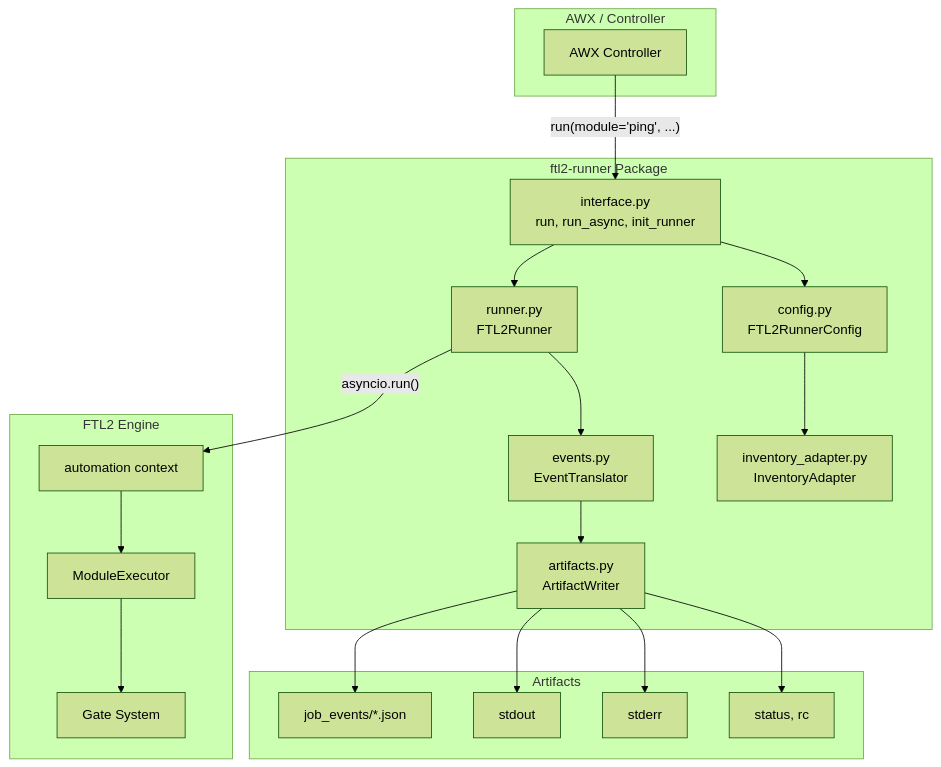
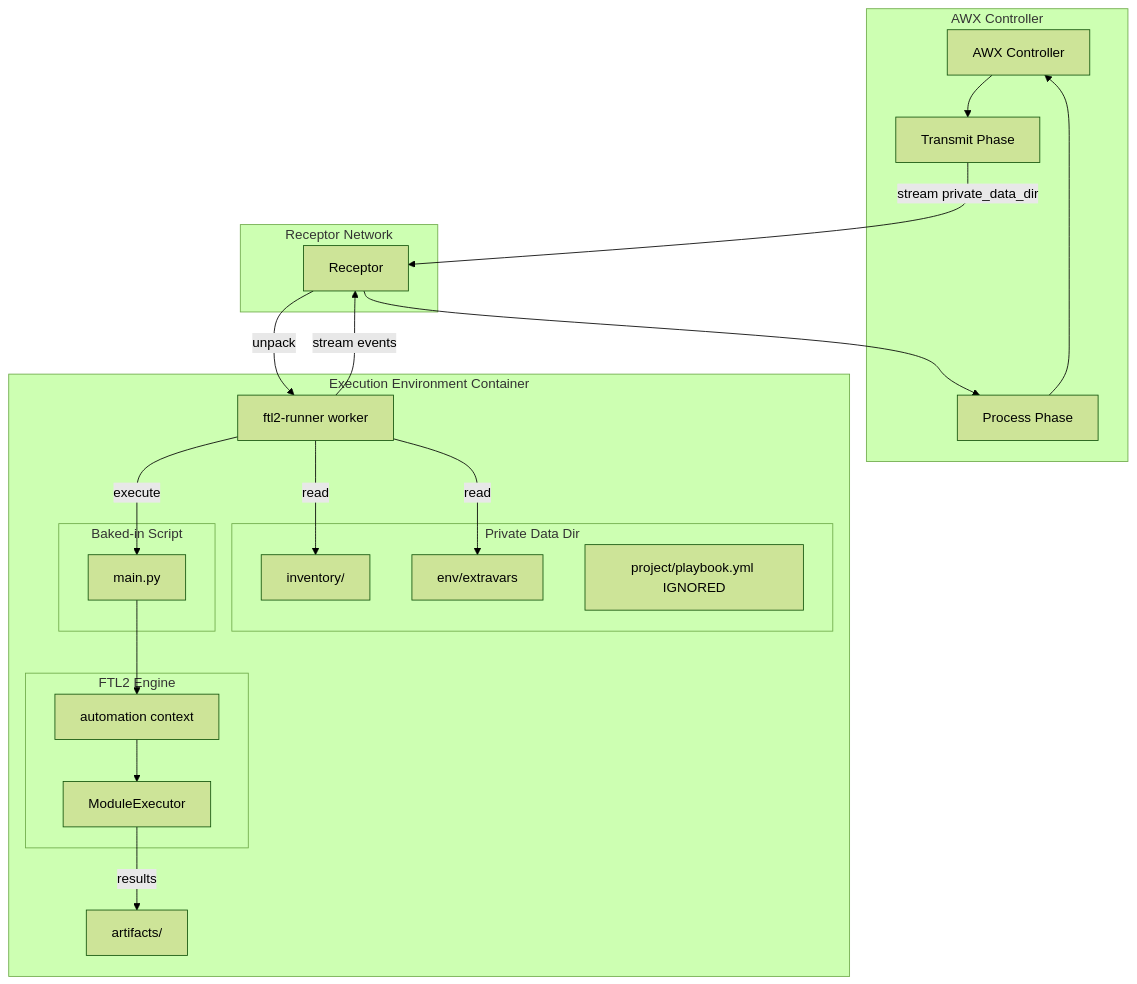
Before and after one commit to benthomasson/ftl2-runner: the diagram in docs/architecture.mmd, drawn with Mermaid (forest theme). The commit also changed 4 other files, not shown here.

```diff
--- a/docs/architecture.mmd
+++ b/docs/architecture.mmd
@@ -1,40 +1,44 @@
 graph TB
-    subgraph "AWX / Controller"
+    subgraph "AWX Controller"
         AWX[AWX Controller]
+        TX[Transmit Phase]
+        PX[Process Phase]
     end
 
-    subgraph "ftl2-runner Package"
-        IF[interface.py<br/>run, run_async, init_runner]
-        RC[config.py<br/>FTL2RunnerConfig]
-        RN[runner.py<br/>FTL2Runner]
-        EV[events.py<br/>EventTranslator]
-        AR[artifacts.py<br/>ArtifactWriter]
-        IA[inventory_adapter.py<br/>InventoryAdapter]
+    subgraph "Receptor Network"
+        RX[Receptor]
     end
 
-    subgraph "FTL2 Engine"
-        AUTO[automation context]
-        EXEC[ModuleExecutor]
-        GATE[Gate System]
+    subgraph "Execution Environment Container"
+        WK[ftl2-runner worker]
+
+        subgraph "Private Data Dir"
+            INV["inventory/"]
+            ENV["env/extravars"]
+            PB["project/playbook.yml IGNORED"]
+        end
+
+        subgraph "Baked-in Script"
+            FTL["main.py"]
+        end
+
+        subgraph "FTL2 Engine"
+            AUTO[automation context]
+            EXEC[ModuleExecutor]
+        end
+
+        ART["artifacts/"]
     end
 
-    subgraph "Artifacts"
-        JE[job_events/*.json]
-        SO[stdout]
-        SE[stderr]
-        ST[status, rc]
-    end
-
-    AWX -->|"run(module='ping', ...)"| IF
-    IF --> RC
-    IF --> RN
-    RC --> IA
-    RN -->|"asyncio.run()"| AUTO
+    AWX --> TX
+    TX -->|stream private_data_dir| RX
+    RX -->|unpack| WK
+    WK -->|read| INV
+    WK -->|read| ENV
+    WK -->|execute| FTL
+    FTL --> AUTO
     AUTO --> EXEC
-    EXEC --> GATE
-    RN --> EV
-    EV --> AR
-    AR --> JE
-    AR --> SO
-    AR --> SE
-    AR --> ST
+    EXEC -->|results| ART
+    WK -->|stream events| RX
+    RX --> PX
+    PX --> AWX
```
